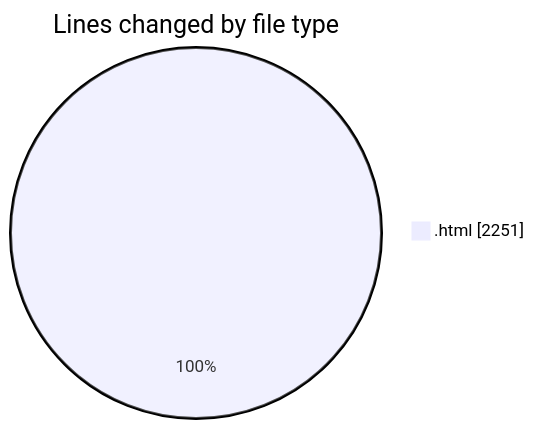
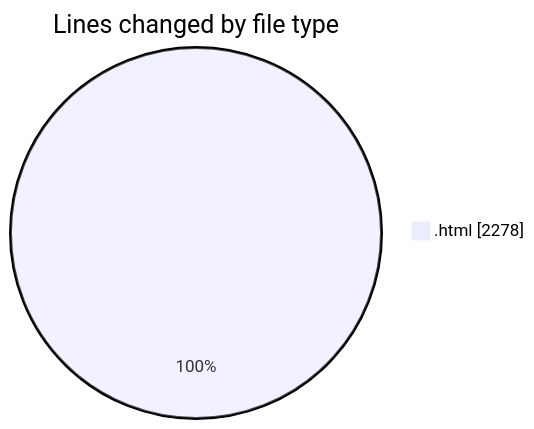
One commit to Ritupan-Deka/code-tracking changed the first of 2 diagrams in 2025-06-17/projects/README.md. Above: the diagram before and after it, drawn with Mermaid. The commit also changed other lines of this file and 1 other file, not shown here.

````diff
--- a/2025-06-17/projects/README.md
+++ b/2025-06-17/projects/README.md
@@ -21,5 +21,5 @@
 ```mermaid
 pie showData
 title Lines changed by file type
-".html" : 2251
+".html" : 2278
 ```
````
